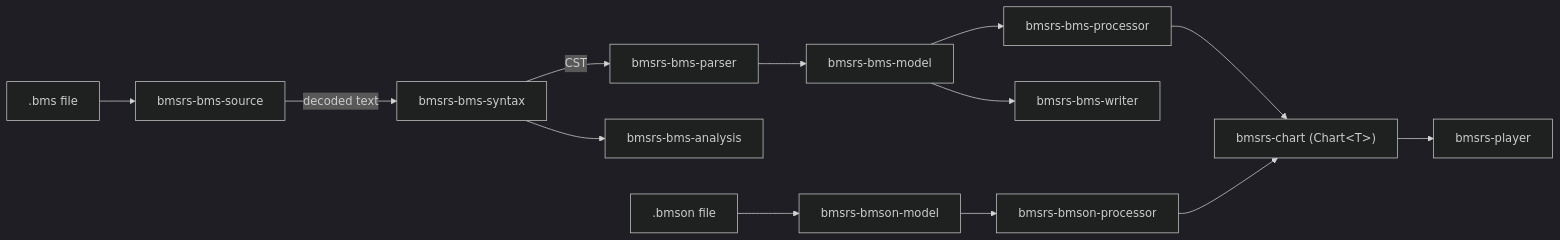
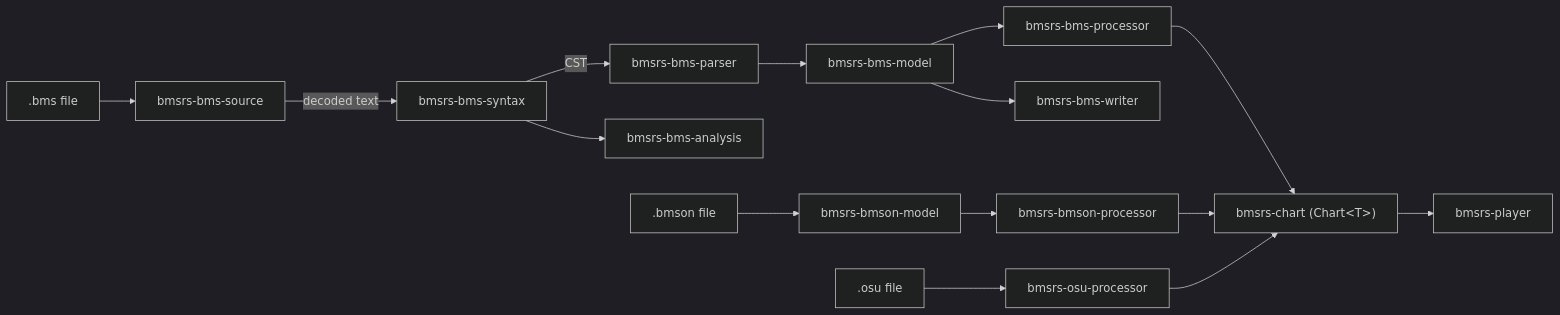
The diagram in AGENTS.md (brightmeows/bmsrs), drawn with Mermaid (dark theme) before and after one commit. The commit also changed other lines of this file and 16 other files, not shown here.

First line of the commit message:
feat(osu): convert osu!mania beatmaps to Chart

````diff
--- a/AGENTS.md
+++ b/AGENTS.md
@@ -16,17 +16,20 @@
 ```mermaid
 flowchart LR
     BMS[".bms file"] --> Src[bmsrs-bms-source]
     Src -->|decoded text| Syn[bmsrs-bms-syntax]
     Syn -->|CST| Par[bmsrs-bms-parser]
     Par --> Model[bmsrs-bms-model]
     Model --> BProc[bmsrs-bms-processor]
     Model --> Writer[bmsrs-bms-writer]
     Syn --> Analysis[bmsrs-bms-analysis]
 
     BMSON[".bmson file"] --> BDef[bmsrs-bmson-model]
     BDef --> BMProc[bmsrs-bmson-processor]
 
+    OSU[".osu file"] --> OProc[bmsrs-osu-processor]
+
     BProc --> Chart["bmsrs-chart (Chart&lt;T&gt;)"]
     BMProc --> Chart
+    OProc --> Chart
     Chart --> Player[bmsrs-player]
 ```
````
